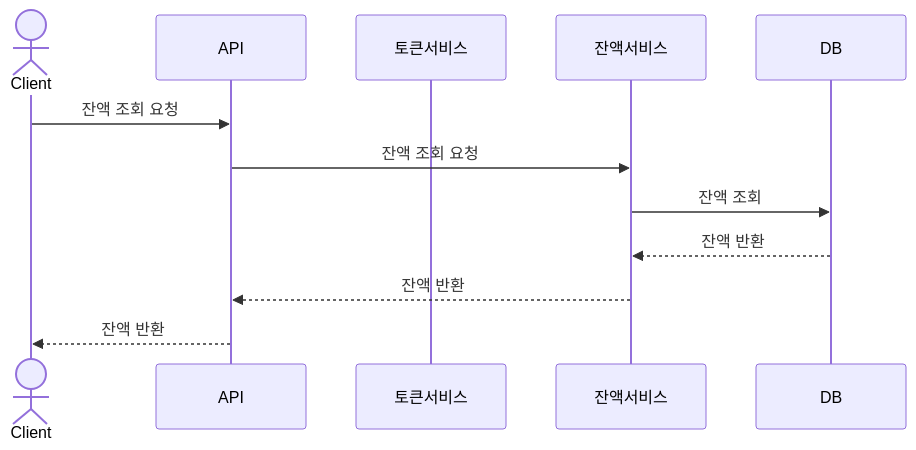
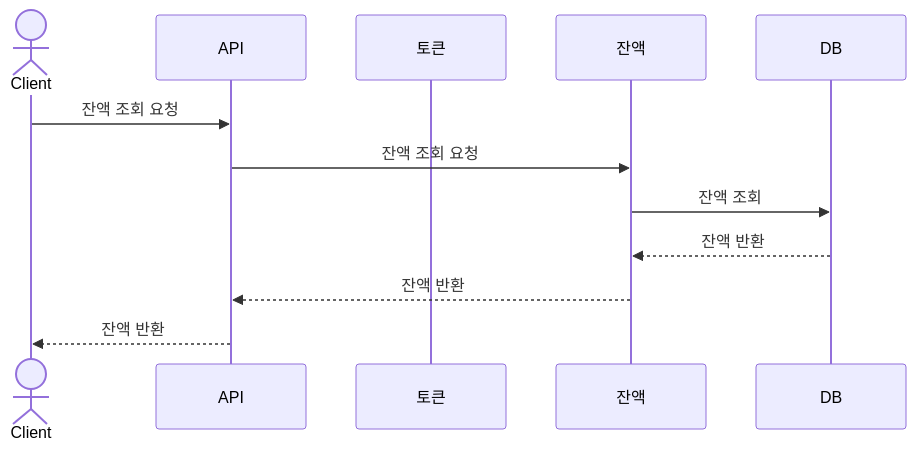
Before and after one commit to hyojin202406/hanghae-concert: the seventh of 9 diagrams in docs/sequence_diagram.md, drawn with Mermaid. The commit also changed other lines of this file, not shown here.

Commit message:
docs: 시퀀스 다이어그램 수정

````diff
--- a/docs/sequence_diagram.md
+++ b/docs/sequence_diagram.md
@@ -189,15 +189,15 @@
 ```mermaid
 sequenceDiagram
     actor Client
     participant API
-    participant 토큰서비스
-    participant 잔액서비스
+    participant 토큰서비스 as 토큰
+    participant 잔액서비스 as 잔액
     participant DB
 
     Client ->> API: 잔액 조회 요청
     API ->> 잔액서비스: 잔액 조회 요청
     잔액서비스 ->> DB: 잔액 조회
     DB -->> 잔액서비스: 잔액 반환
     잔액서비스 -->> API: 잔액 반환
     API -->> Client: 잔액 반환
 ```
````
